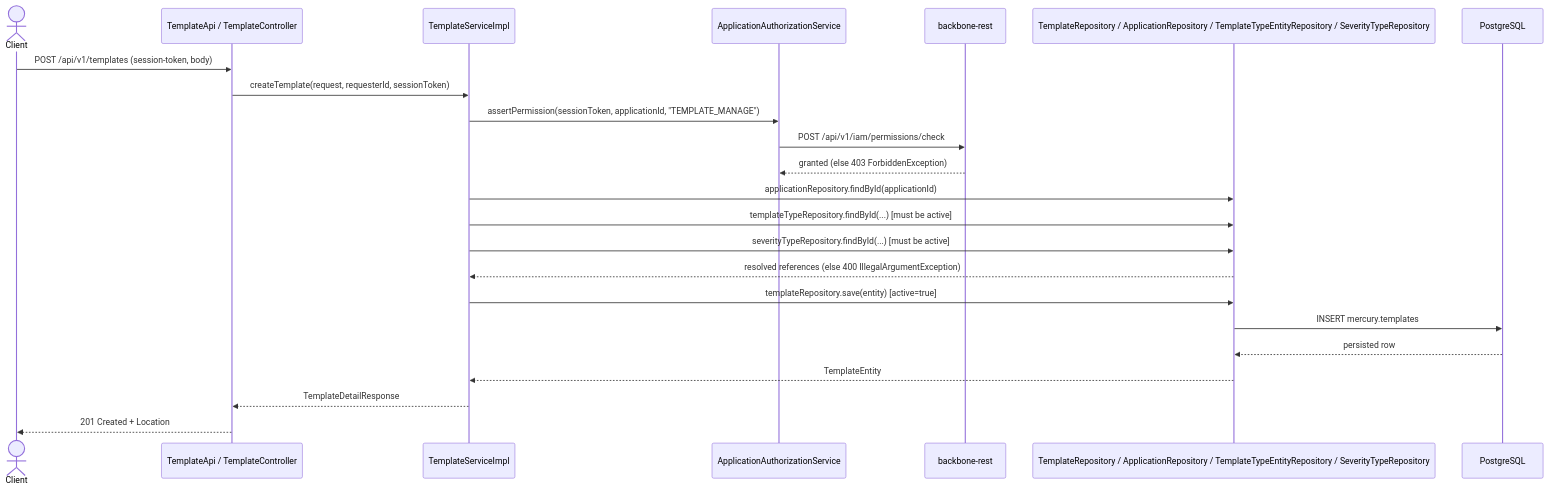
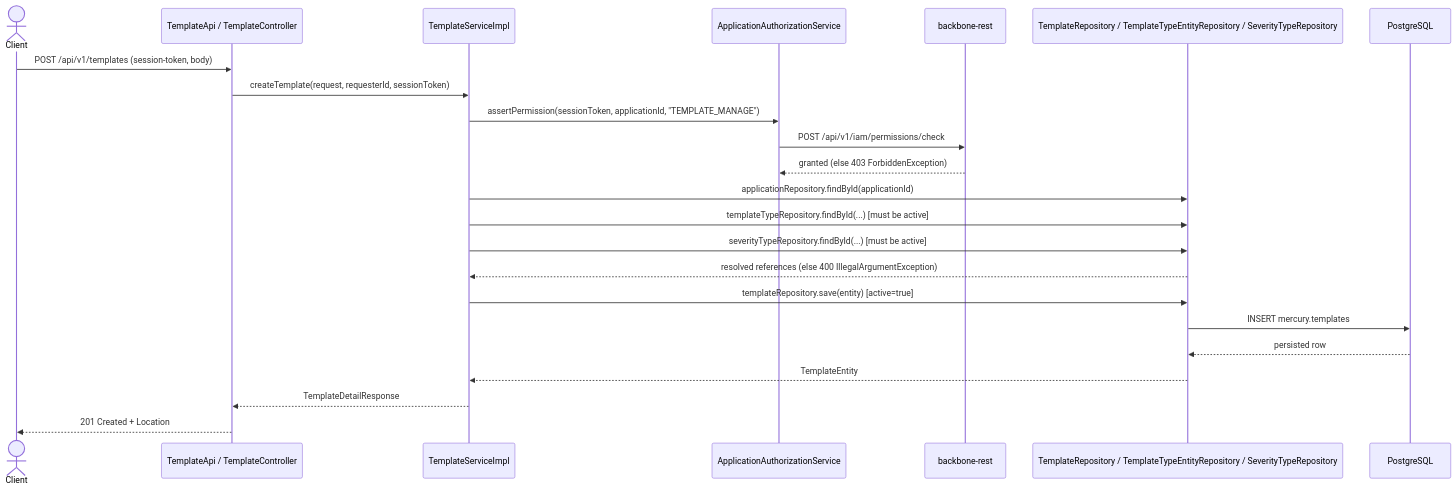
One commit to um-dev-creative/mercury changed the second of 6 diagrams in docs/template-management-api.md. Above: the diagram before and after it, drawn with Mermaid. The commit also changed other lines of this file and 15 other files, not shown here.

First line of the commit message:
fix(templates): never read the general schema; resolve application folders from configuration

````diff
--- a/docs/template-management-api.md
+++ b/docs/template-management-api.md
@@ -143,26 +143,26 @@
 ```mermaid
 sequenceDiagram
     actor Client
     participant API as TemplateApi / TemplateController
     participant Service as TemplateServiceImpl
     participant Auth as ApplicationAuthorizationService
     participant Backbone as backbone-rest
-    participant Repo as TemplateRepository / ApplicationRepository / TemplateTypeEntityRepository / SeverityTypeRepository
+    participant Repo as TemplateRepository / TemplateTypeEntityRepository / SeverityTypeRepository
     participant DB as PostgreSQL
 
     Client->>API: POST /api/v1/templates (session-token, body)
     API->>Service: createTemplate(request, requesterId, sessionToken)
     Service->>Auth: assertPermission(sessionToken, applicationId, "TEMPLATE_MANAGE")
     Auth->>Backbone: POST /api/v1/iam/permissions/check
     Backbone-->>Auth: granted (else 403 ForbiddenException)
     Service->>Repo: applicationRepository.findById(applicationId)
     Service->>Repo: templateTypeRepository.findById(...) [must be active]
     Service->>Repo: severityTypeRepository.findById(...) [must be active]
     Repo-->>Service: resolved references (else 400 IllegalArgumentException)
     Service->>Repo: templateRepository.save(entity) [active=true]
     Repo->>DB: INSERT mercury.templates
     DB-->>Repo: persisted row
     Repo-->>Service: TemplateEntity
     Service-->>API: TemplateDetailResponse
     API-->>Client: 201 Created + Location
 ```
````
